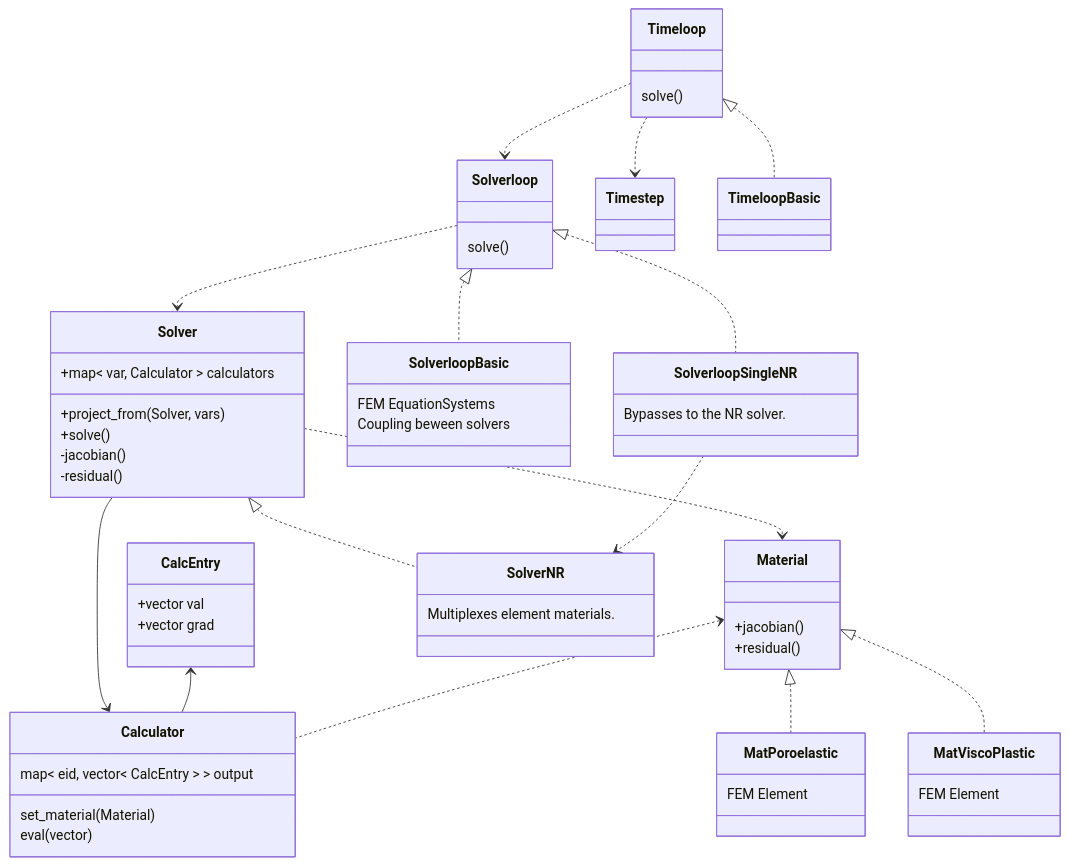
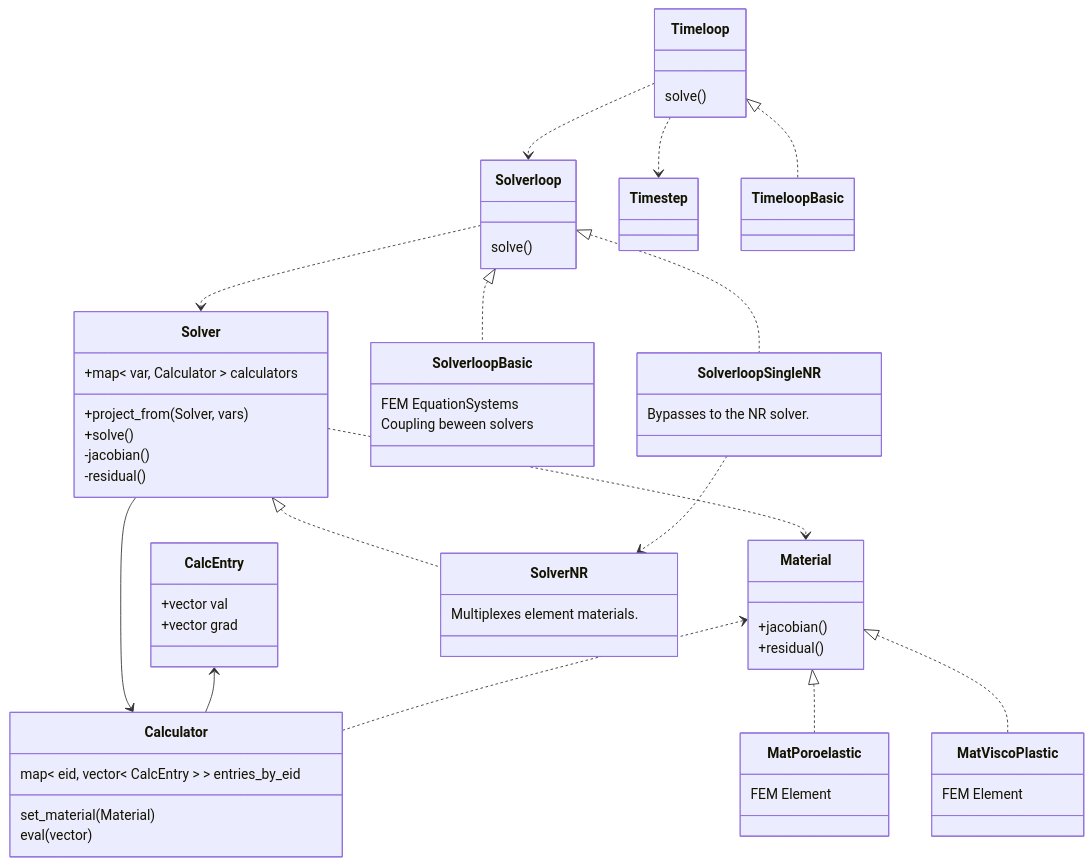
The diagram in include/README.md (rebpoli/harpy), drawn with Mermaid before and after one commit. The commit also changed other lines of this file, not shown here.

````diff
--- a/include/README.md
+++ b/include/README.md
@@ -15,82 +15,82 @@
 ```mermaid
 classDiagram
 %% Interfaces
     class Timeloop { 
         solve()
     }
 
     class Solverloop {
         solve()
     }
 
     class Solver {
         +map< var, Calculator > calculators
         +project_from(Solver, vars)
         +solve()
         -jacobian()
         -residual()
     }
 
 
     class Material {
         +jacobian()
         +residual()
     }
 
     class CalcEntry {
         +vector<dbl> val
         +vector<Point> grad
     }
     class Calculator {
-        map< eid, vector< CalcEntry > > output
+        map< eid, vector< CalcEntry > > entries_by_eid
         set_material( Material )
         eval( vector<Point> )
     }
     Material <.. Calculator
     CalcEntry <-- Calculator
     Solverloop <|.. SolverloopBasic
     Calculator <-- Solver
 
 %% Helper
     class Timestep { }
 
 %% Implementations
     class SolverloopBasic {
         FEM EquationSystems
         Coupling beween solvers
     }
 
     class MatViscoPlastic { FEM Element }
 
     class MatPoroelastic { FEM Element }
 
     class SolverloopSingleNR { Bypasses to the NR solver. } 
     class SolverNR { Multiplexes element materials. }
 
 %% Dependencies
     Timeloop ..> Timestep
     Timeloop ..> Solverloop
 
     SolverloopSingleNR ..> SolverNR
 
 %% Interfaces << implementations
     Timeloop <|.. TimeloopBasic
     Material <|.. MatPoroelastic
     Material <|.. MatViscoPlastic
     Solverloop <|.. SolverloopSingleNR
     Solver <|.. SolverNR
 
     Solverloop ..> Solver
     Solver..> Material
 
 %%
 %% classA <|-- classB    // Inheritance (B inherits from A)
 %% classA <|.. classB    // Implementation (B implements A)
 %% classA *-- classB     // Composition (B is part of A)
 %% classA o-- classB     // Aggregation (B is used by A)
 %% classA --> classB     // Association (A references B)
 %% classA ..> classB     // Dependency (A depends on B)
 %% classA ..|> classB    // Realization (B realizes A)
 %% classA <--> classB    // Bidirectional association
 
 ```
````
